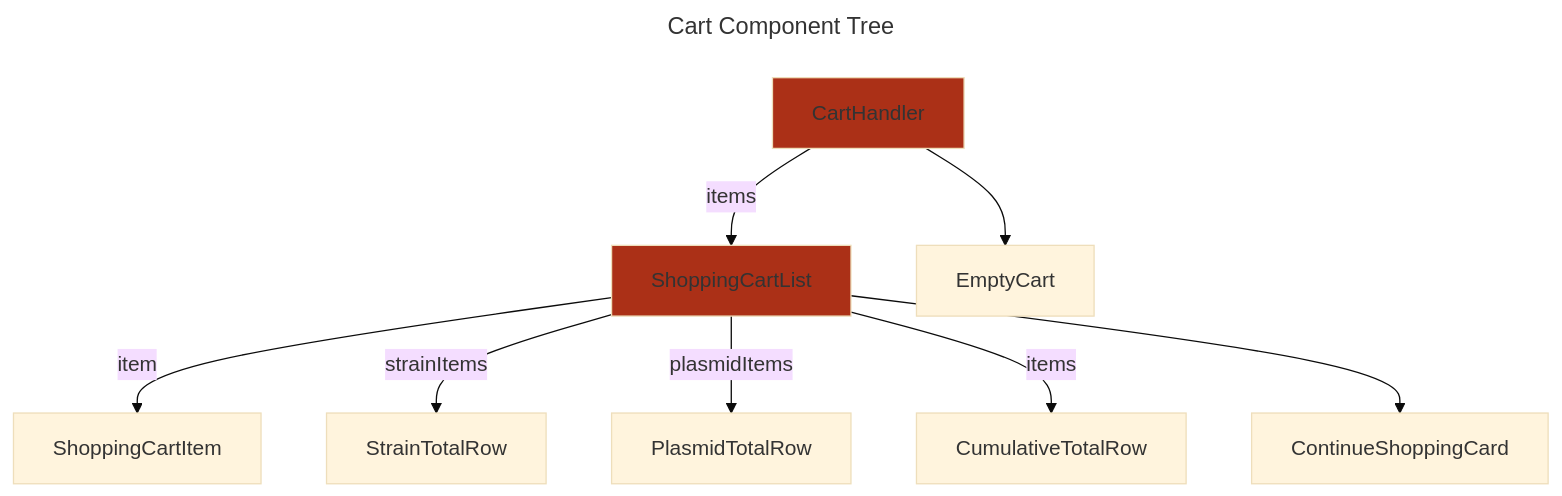
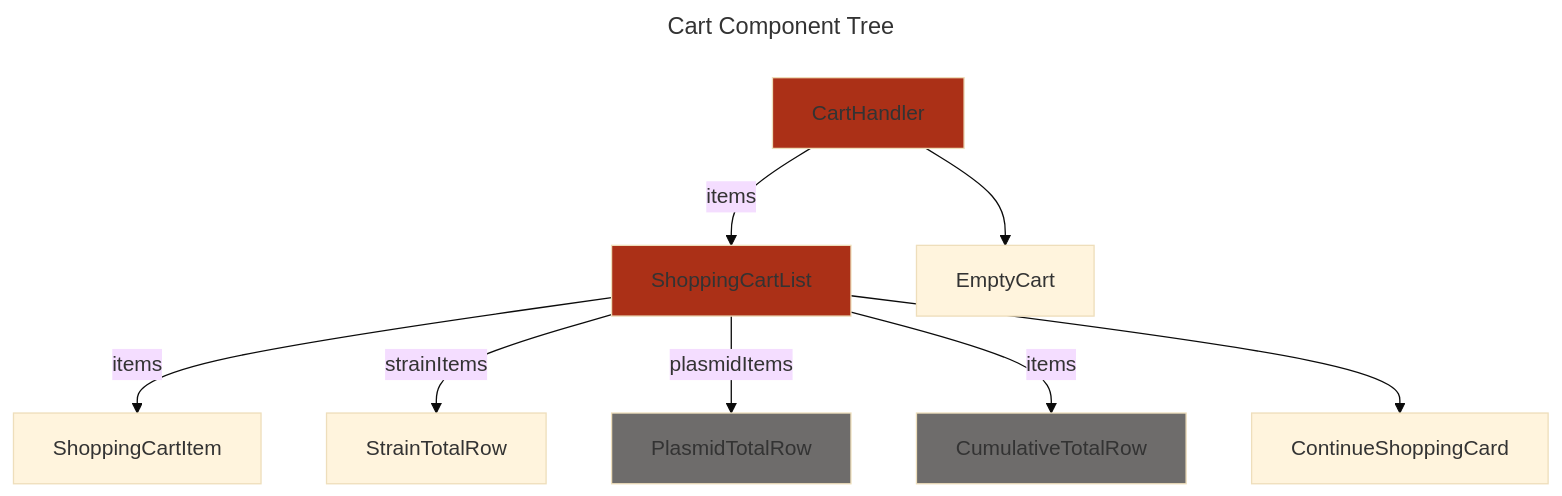
Before and after one commit to dictyBase/frontendx: the diagram in apps/stock-center/diagrams/ShoppingCartComponentTree.md, drawn with Mermaid (base theme).

Commit message:
style(ShoppingCartComponentTree.md): Add class definitions for unimplemented components
The arrow notation for the item relationships in the ShoppingCartComponentTree.md file has been updated. Instead of using the "items" label, the notation now uses the "|items|" label to indicate the relationship between components. This change improves clarity and consistency in the diagram.
Additionally, class definitions have been added for the unimplemented components to distinguish them visually in the diagram. The "E2" and "E3" components are now marked as "unimplemented" using the class definition "unimplemented".

````diff
--- a/apps/stock-center/diagrams/ShoppingCartComponentTree.md
+++ b/apps/stock-center/diagrams/ShoppingCartComponentTree.md
@@ -1,28 +1,31 @@
 ```mermaid
 ---
 title: Cart Component Tree
 ---
 
 flowchart TD
 
 A[CartHandler]
 B[ShoppingCartList]
 C[EmptyCart]
 D[ShoppingCartItem]
 E1[StrainTotalRow]
 E2[PlasmidTotalRow]
 E3[CumulativeTotalRow]
 F[ContinueShoppingCard]
 
-A -- items --> B
+A -->|items| B
 A --> C
-B -- item --> D
+B -->|items| D
 B -->|strainItems| E1
 B -->|plasmidItems| E2
 B -->|items| E3
 B --> F
 
 
 classDef state fill:#ab3017
+classDef unimplemented fill:#6e6c6b
+
 class A,B state
+class E2,E3 unimplemented
 ```
````
